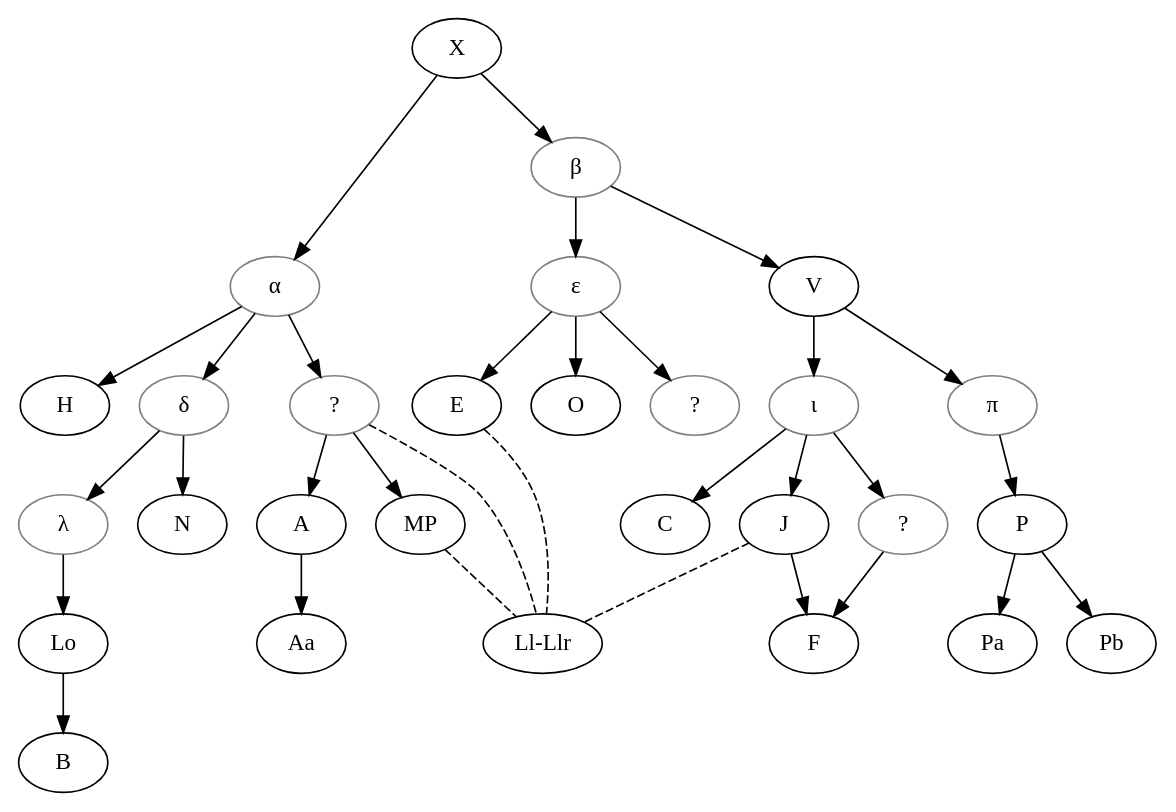
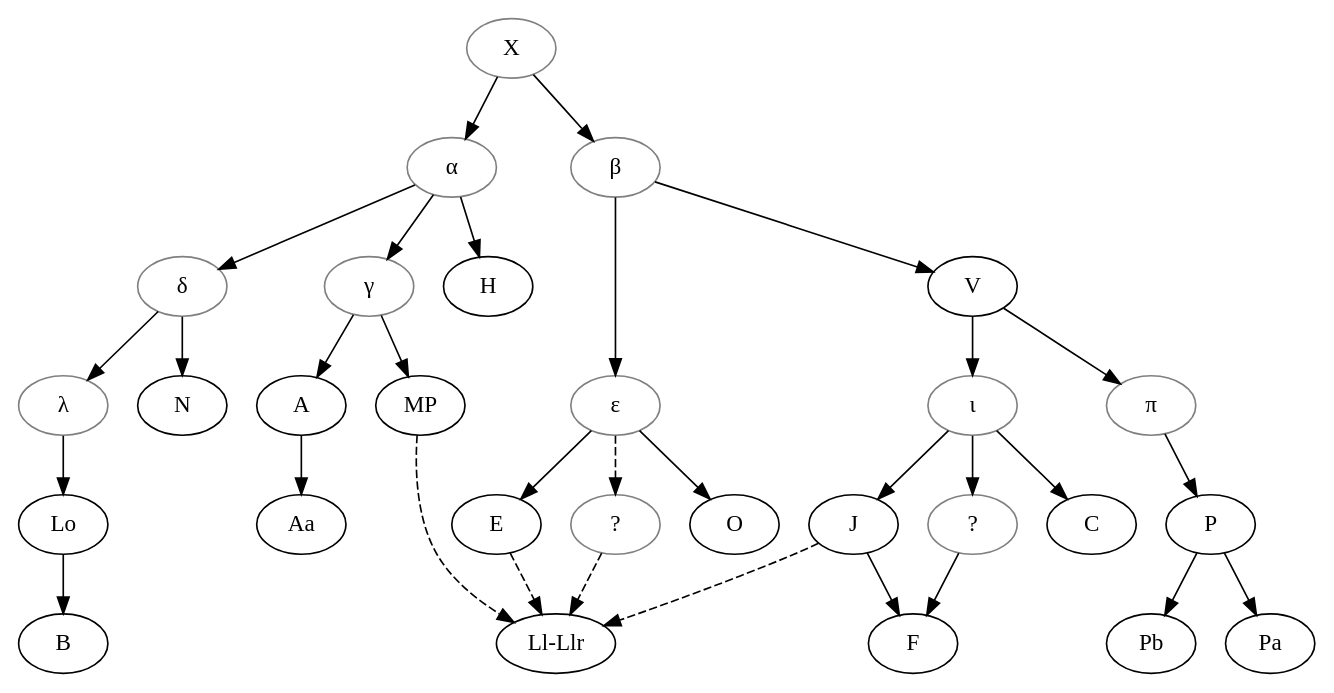
The diagram in Suma/graph.gv (OpenStemmata/database), drawn with Graphviz before and after one commit.

Commit message:
Minor corrections

```diff
--- a/Suma/graph.gv
+++ b/Suma/graph.gv
@@ -1,50 +1,51 @@
 digraph {
+    X[color="grey"]
     alpha[color="grey", label="α"]
     beta[color="grey", label="β"]
     delta[color="grey", label="δ"]
+    gamma[color="grey", label="γ"]
     lambda[color="grey", label="λ"]
     epsilon[color="grey", label="ε"]
     pi[color="grey", label="π"]
     iota[color="grey", label="ι"]
     question[color="grey", label="?"]
     questionBis[color="grey", label="?"]
-    questionTer[color="grey", label="?"]
     LlLlr[label="Ll-Llr"]
 
     X ->alpha;
     X ->beta;
 
-    alpha -> question;
+    alpha -> gamma;
     alpha -> H;
     alpha -> delta;
-    question -> MP;
-    question -> A;
+    gamma -> MP;
+    gamma -> A;
     A -> Aa;
     delta -> lambda;
     delta -> N;
     lambda -> Lo;
     Lo -> B;
 
     beta -> epsilon;
     beta -> V;
     epsilon -> E;
-    epsilon -> questionBis;
+    epsilon -> question [style="dashed"];
     epsilon -> O;
 
     V -> pi;
     V -> iota;
     iota -> J;
     iota -> C;
-    iota -> questionTer;
+    iota -> questionBis;
     J -> F;
-    questionTer -> F;
+    questionBis -> F;
     pi -> P;
     P -> Pa;
     P -> Pb;
 
-    MP -> LlLlr[dir=none, style="dashed"];
-    E -> LlLlr[dir=none, style="dashed"];
-    question -> LlLlr[dir=none, style="dashed"];
-    J -> LlLlr[dir=none, style="dashed"];
+    MP -> LlLlr[style="dashed"];
+    E -> LlLlr[style="dashed"];
+    question -> LlLlr[style="dashed"];
+    J -> LlLlr[style="dashed"];
 
 }
```
